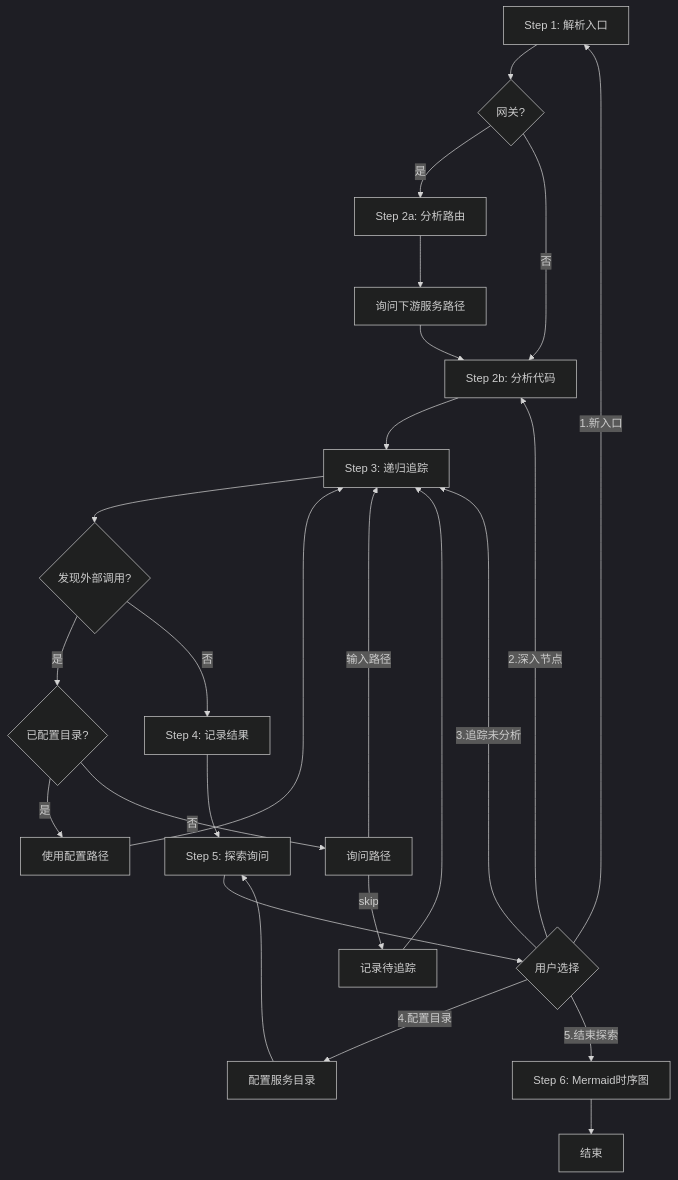
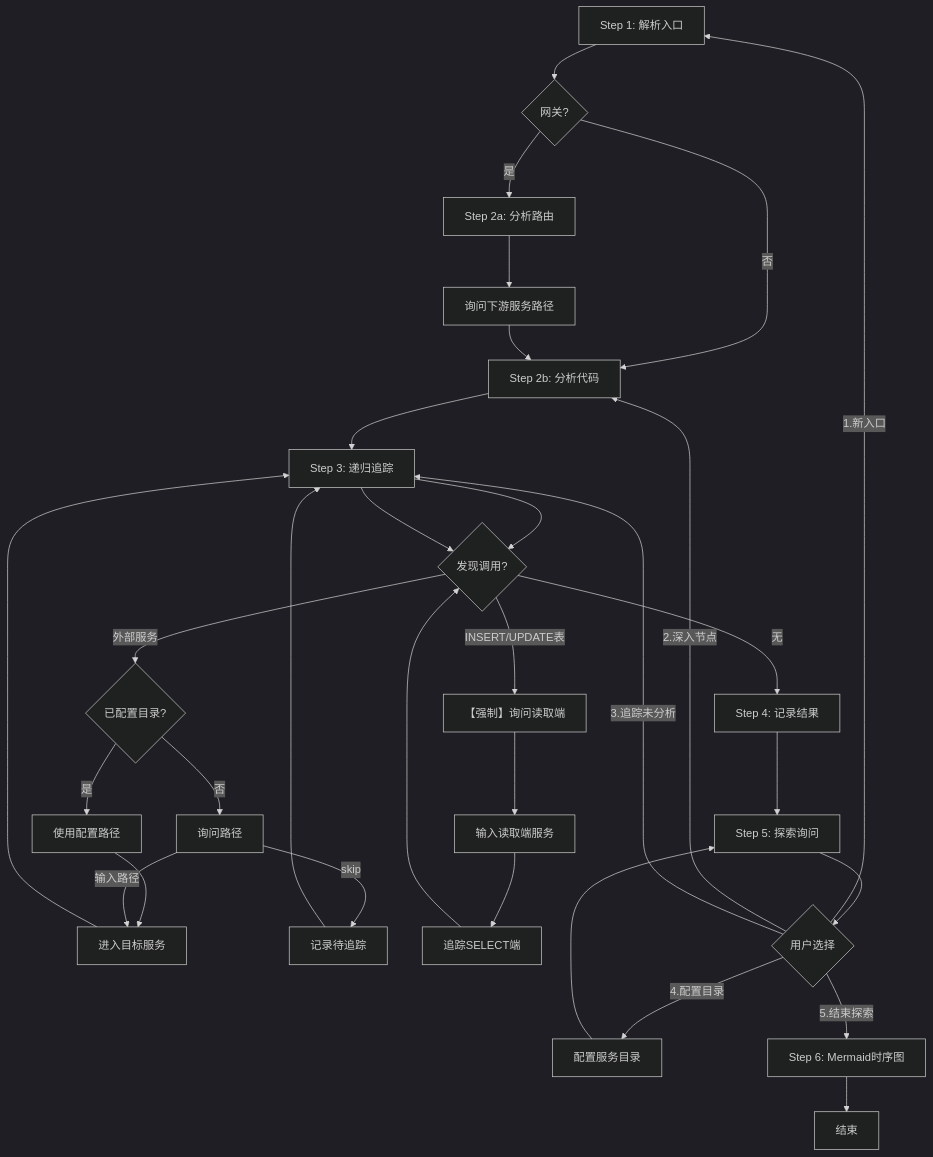
Before and after one commit to yves960/flow-trace: the first of 2 diagrams in SKILL.md, drawn with Mermaid (dark theme). The commit also changed other lines of this file and 1 other file, not shown here.

````diff
--- a/SKILL.md
+++ b/SKILL.md
@@ -64,32 +64,40 @@
 ```mermaid
 flowchart TB
     Step1[Step 1: 解析入口] --> Step2{网关?}
     Step2 -->|是| GW[Step 2a: 分析路由]
     Step2 -->|否| Service[Step 2b: 分析代码]
     GW --> Ask[询问下游服务路径]
     Ask --> Service
     
     Service --> Step3[Step 3: 递归追踪]
-    Step3 --> Found{发现外部调用?}
+    Step3 --> FoundCall{发现调用?}
     
-    Found -->|是| CheckConfig{已配置目录?}
+    FoundCall -->|外部服务| CheckConfig{已配置目录?}
     CheckConfig -->|是| UseConfig[使用配置路径]
     CheckConfig -->|否| AskPath[询问路径]
-    UseConfig --> Step3
-    AskPath -->|输入路径| Step3
+    UseConfig --> Step3b[进入目标服务]
+    AskPath -->|输入路径| Step3b
     AskPath -->|skip| Record[记录待追踪]
+    
+    FoundCall -->|INSERT/UPDATE表| AskReader[【强制】询问读取端]
+    AskReader --> InputReader[输入读取端服务]
+    InputReader --> Step3c[追踪SELECT端]
+    Step3c --> FoundCall
+    
+    FoundCall -->|无| Step4[Step 4: 记录结果]
+    Step3b --> Step3
     Record --> Step3
+    Step3 --> FoundCall
     
-    Found -->|否| Step4[Step 4: 记录结果]
     Step4 --> Step5[Step 5: 探索询问]
     
     Step5 --> Choice{用户选择}
     Choice -->|1.新入口| Step1
     Choice -->|2.深入节点| Service
     Choice -->|3.追踪未分析| Step3
     Choice -->|4.配置目录| Config[配置服务目录]
     Config --> Step5
     Choice -->|5.结束探索| Step6[Step 6: Mermaid时序图]
     
     Step6 --> End[结束]
 ```
````
